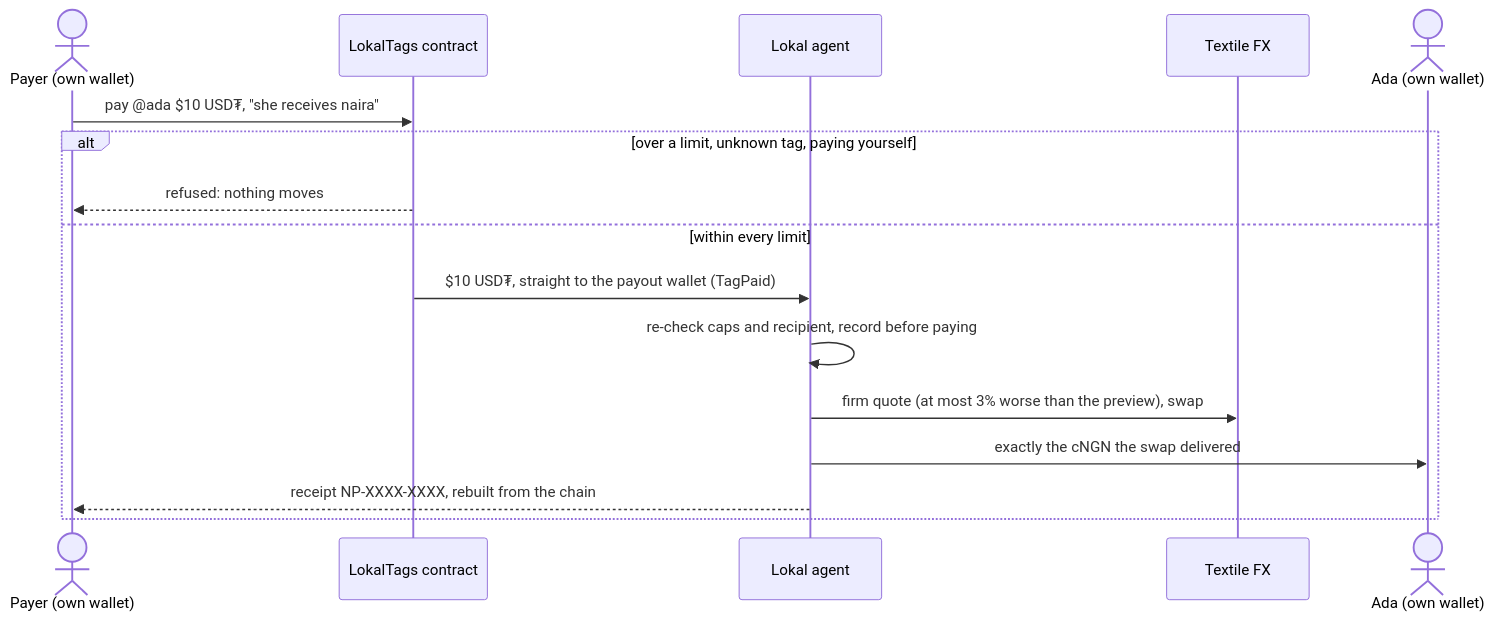
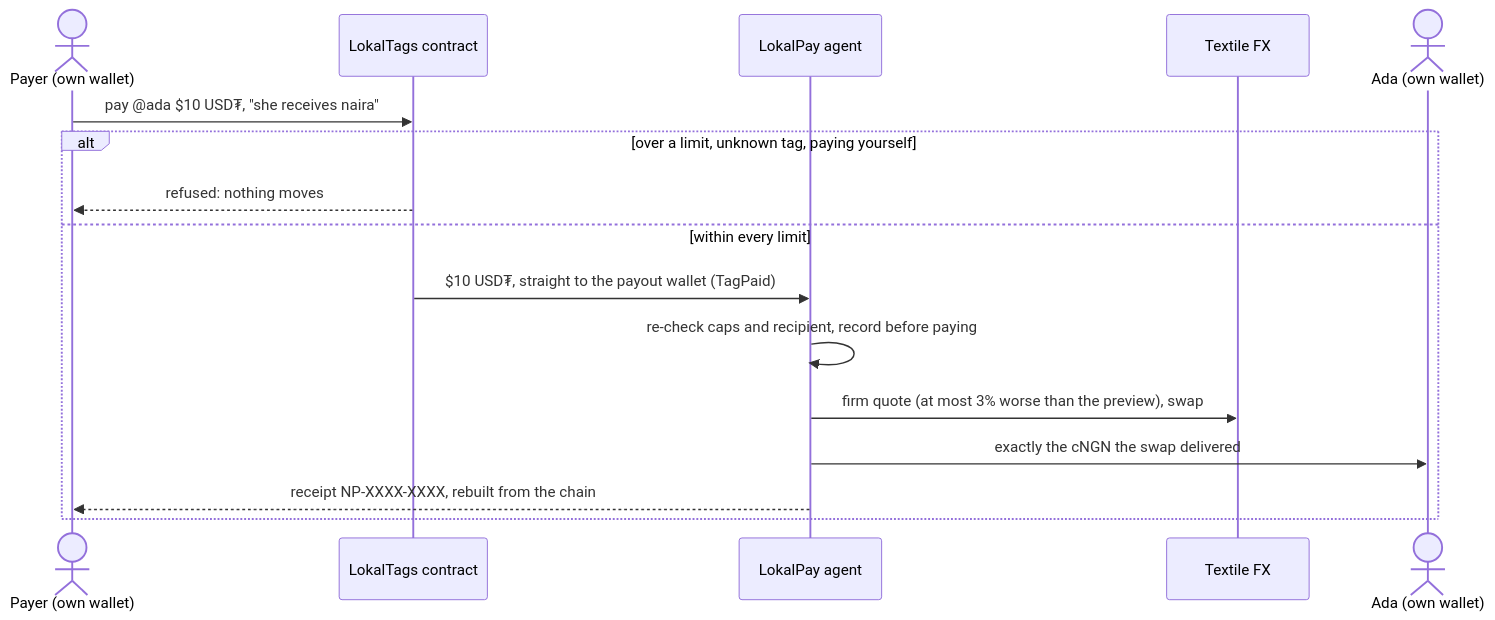
The diagram in README.md (deeeko/lokal), drawn with Mermaid before and after one commit. The commit also changed other lines of this file and 99 other files, not shown here.

Commit message:
Rename the product to LokalPay; add lokalpay as another name for the CLI

````diff
--- a/README.md
+++ b/README.md
@@ -73,19 +73,19 @@
 ```mermaid
 sequenceDiagram
   actor Payer as Payer (own wallet)
   participant Tags as LokalTags contract
-  participant Agent as Lokal agent
+  participant Agent as LokalPay agent
   participant Textile as Textile FX
   actor Ada as Ada (own wallet)
 
   Payer->>Tags: pay @ada $10 USD₮, "she receives naira"
   alt over a limit, unknown tag, paying yourself
     Tags-->>Payer: refused: nothing moves
   else within every limit
     Tags->>Agent: $10 USD₮, straight to the payout wallet (TagPaid)
     Agent->>Agent: re-check caps and recipient, record before paying
     Agent->>Textile: firm quote (at most 3% worse than the preview), swap
     Agent->>Ada: exactly the cNGN the swap delivered
     Agent-->>Payer: receipt NP-XXXX-XXXX, rebuilt from the chain
   end
 ```
````
